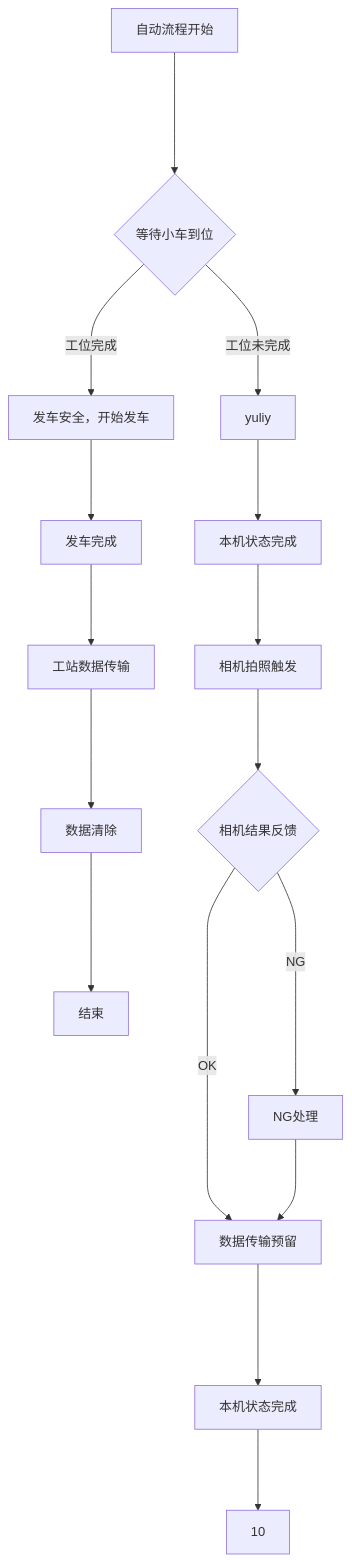
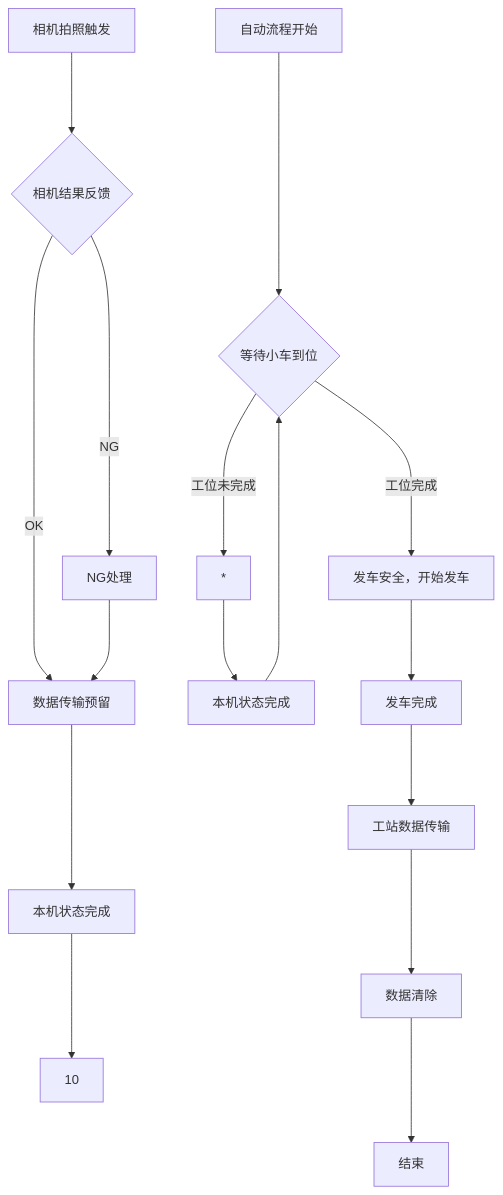
Before and after one commit to zmq000/iodraw-files: the diagram in all/OP80缓存.md, drawn with Mermaid.

Commit message:
2026-06-17 19:12:51 update

````diff
--- a/all/OP80缓存.md
+++ b/all/OP80缓存.md
@@ -1,19 +1,19 @@
 ```mermaid
 graph TD
 自动流程开始---->40
 40{等待小车到位}--->|工位未完成|100
 40--->|工位完成|200
-100[yuliy]--->180
-180[本机状态完成]--->120
+100[*]--->180
+180[本机状态完成]--->40
 120[相机拍照触发]--->130
 130{相机结果反馈}--->|OK|150
 130---->|NG|140
 140[NG处理]--->150
 150[数据传输预留]---->160
 160[本机状态完成]--->10
 200[发车安全，开始发车]--->210
 210[发车完成]--->220
 220[工站数据传输]--->230
 230[数据清除]--->240
 240[结束]
 ```
````
